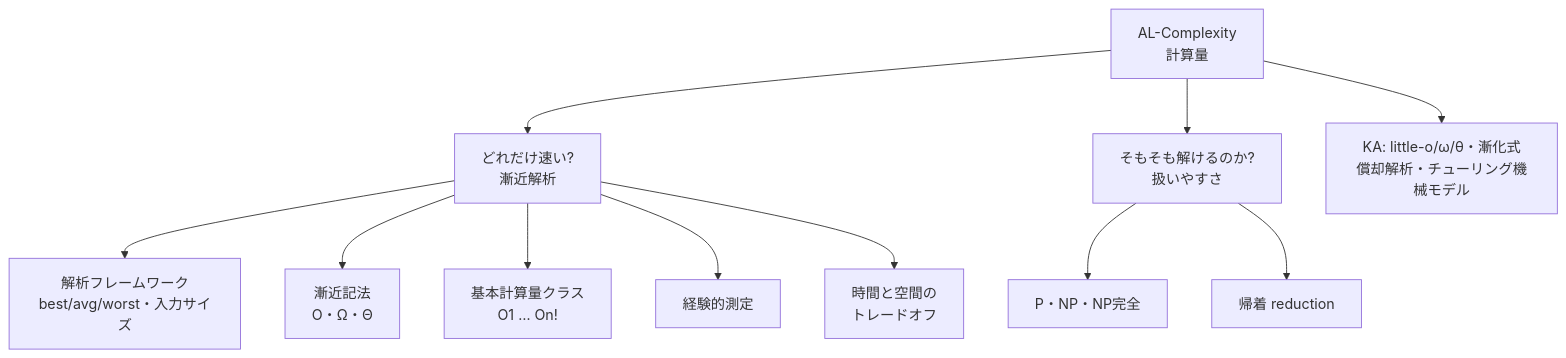
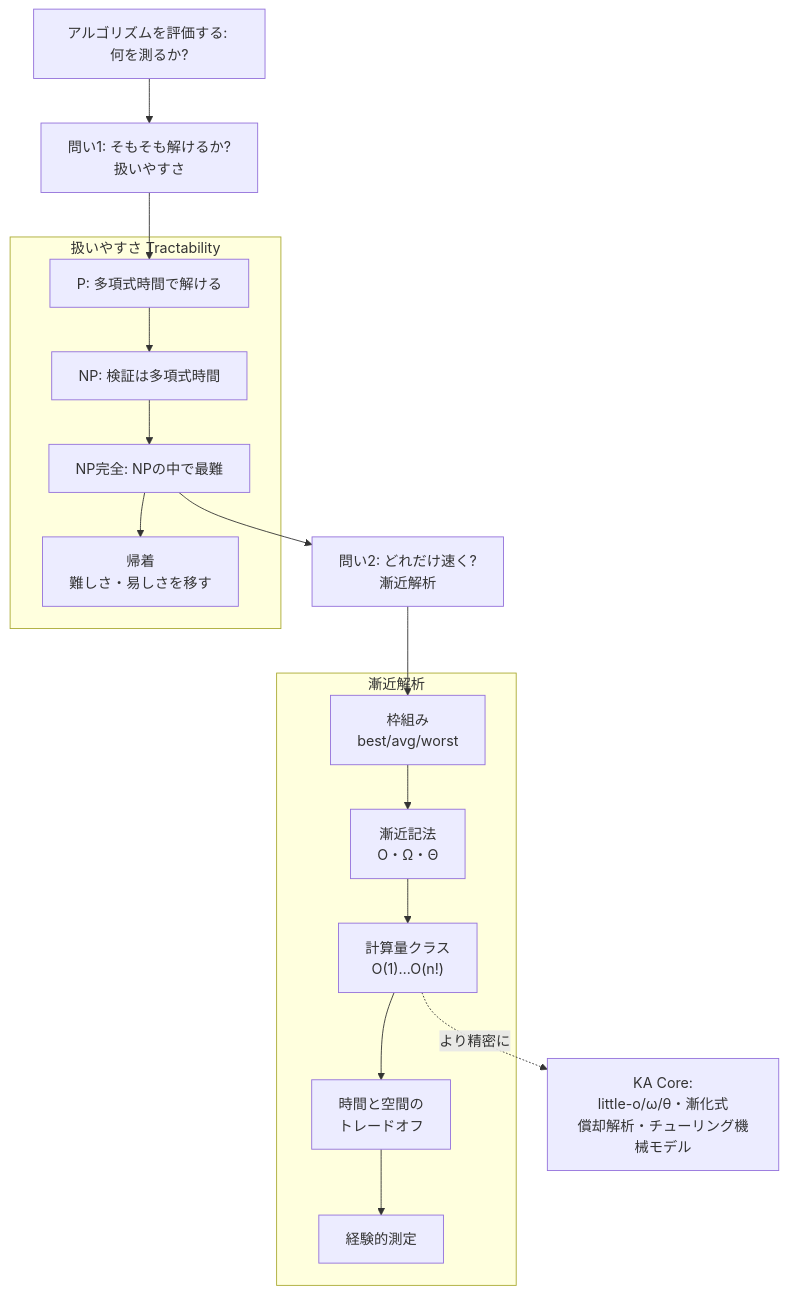
The first of 4 diagrams in docs/AL/AL-Complexity.md (miyataka/cszap), drawn with Mermaid before and after one commit. The commit also changed other lines of this file and 28 other files, not shown here.

First line of the commit message:
docs: redesign 全体像 diagrams per unit (29 pages)

````diff
--- a/docs/AL/AL-Complexity.md
+++ b/docs/AL/AL-Complexity.md
@@ -15,13 +15,21 @@
 ```mermaid
-graph TD
-  A[AL-Complexity<br/>計算量] --> B[どれだけ速い?<br/>漸近解析]
-  A --> C[そもそも解けるのか?<br/>扱いやすさ]
-  B --> B1[解析フレームワーク<br/>best/avg/worst・入力サイズ]
-  B --> B2[漸近記法<br/>O・Ω・Θ]
-  B --> B3[基本計算量クラス<br/>O1 … On!]
-  B --> B4[経験的測定]
-  B --> B5[時間と空間の<br/>トレードオフ]
-  C --> C1[P・NP・NP完全]
-  C --> C2[帰着 reduction]
-  A --> D[KA: little-o/ω/θ・漸化式<br/>償却解析・チューリング機械モデル]
+flowchart TD
+  Q0["アルゴリズムを評価する: 何を測るか?"]
+  Q0 --> Q1["問い1: そもそも解けるか?<br/>扱いやすさ"]
+
+  subgraph TRACT["扱いやすさ Tractability"]
+    T1["P: 多項式時間で解ける"] --> T2["NP: 検証は多項式時間"] --> T3["NP完全: NPの中で最難"]
+    T3 --> T4["帰着<br/>難しさ・易しさを移す"]
+  end
+  Q1 --> T1
+
+  T3 --> Q2["問い2: どれだけ速く?<br/>漸近解析"]
+
+  subgraph ASYM["漸近解析"]
+    A1["枠組み<br/>best/avg/worst"] --> A2["漸近記法<br/>O・Ω・Θ"] --> A3["計算量クラス<br/>O(1)…O(n!)"]
+    A3 --> A4["時間と空間の<br/>トレードオフ"] --> A5[経験的測定]
+  end
+  Q2 --> A1
+
+  A3 -.->|より精密に| KA1["KA Core:<br/>little-o/ω/θ・漸化式<br/>償却解析・チューリング機械モデル"]
 ```
````
